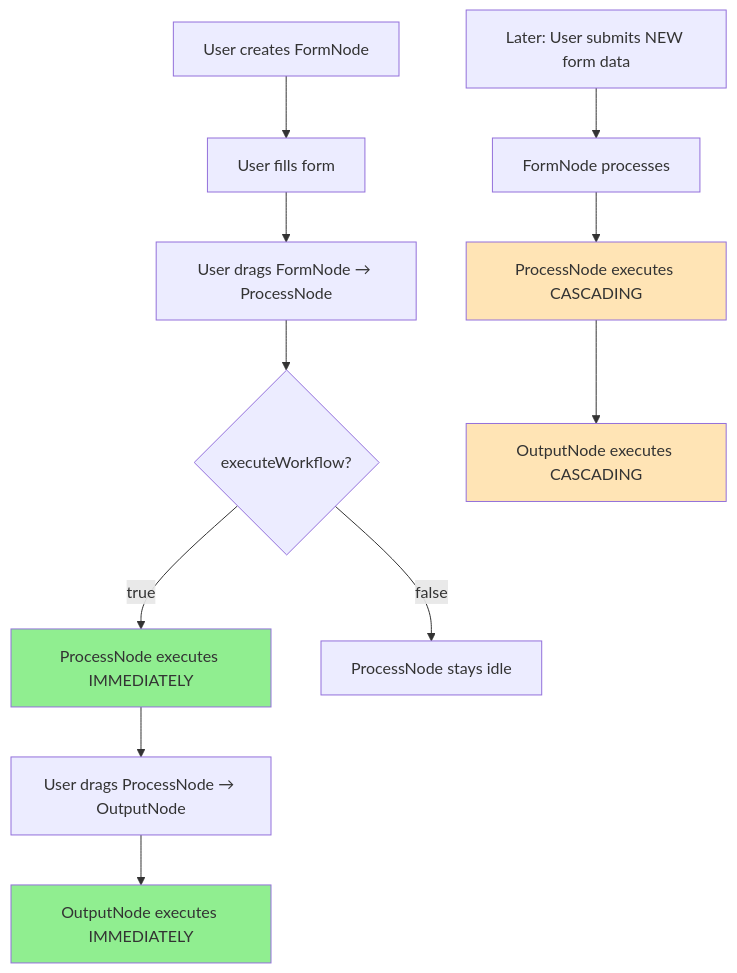
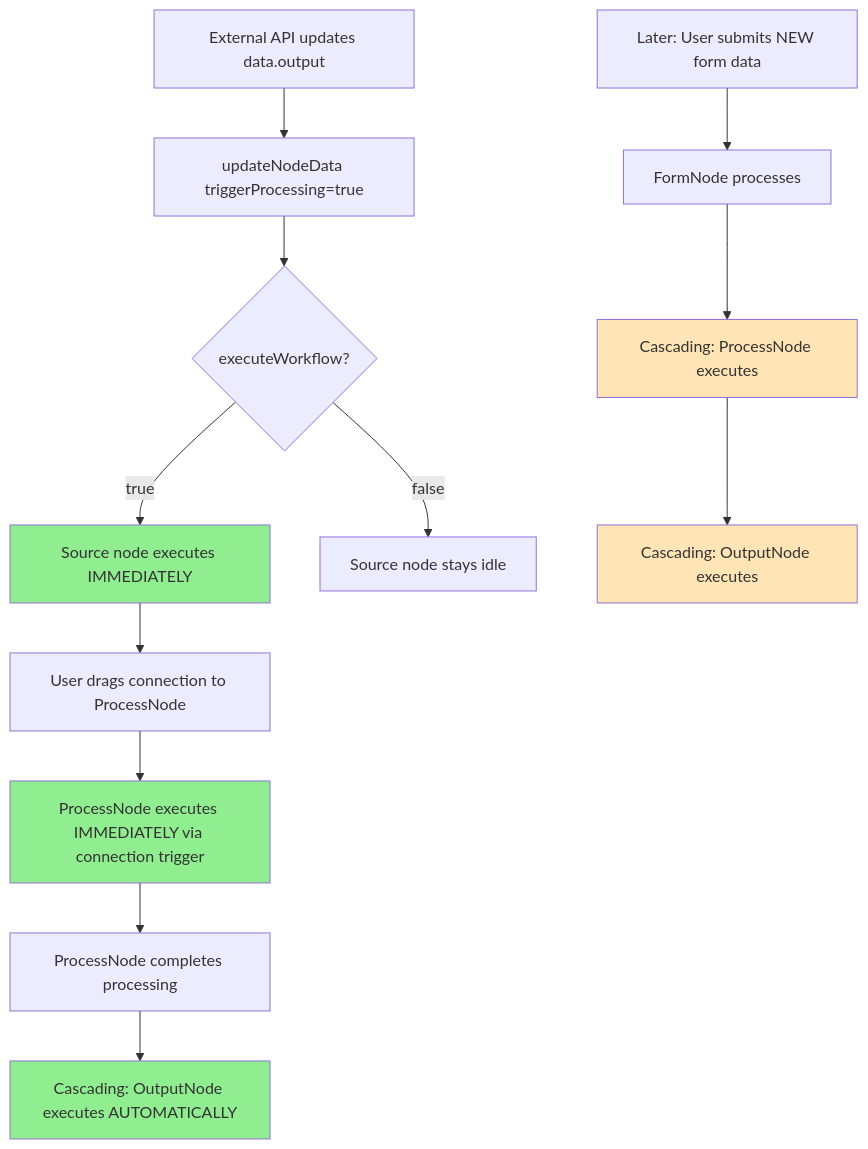
Before and after one commit to ugmurthy/flow: the sixth of 6 diagrams in WORKFLOW_EXECUTION_BEHAVIORS.md, drawn with Mermaid. The commit also changed other lines of this file and 48 other files, not shown here.

````diff
--- a/WORKFLOW_EXECUTION_BEHAVIORS.md
+++ b/WORKFLOW_EXECUTION_BEHAVIORS.md
@@ -140,19 +369,21 @@
 ```mermaid
 graph TD
-    A[User creates FormNode] --> B[User fills form]
-    B --> C[User drags FormNode → ProcessNode]
-    C --> D{executeWorkflow?}
-    D -->|true| E[ProcessNode executes IMMEDIATELY]
-    D -->|false| F[ProcessNode stays idle]
-    E --> G[User drags ProcessNode → OutputNode]
-    G --> H[OutputNode executes IMMEDIATELY]
+    A[External API updates data.output] --> B[updateNodeData triggerProcessing=true]
+    B --> C{executeWorkflow?}
+    C -->|true| D[Source node executes IMMEDIATELY]
+    C -->|false| E[Source node stays idle]
+    D --> F[User drags connection to ProcessNode]
+    F --> G[ProcessNode executes IMMEDIATELY via connection trigger]
+    G --> H[ProcessNode completes processing]
+    H --> I[Cascading: OutputNode executes AUTOMATICALLY]
 
-    I[Later: User submits NEW form data] --> J[FormNode processes]
-    J --> K[ProcessNode executes CASCADING]
-    K --> L[OutputNode executes CASCADING]
+    J[Later: User submits NEW form data] --> K[FormNode processes]
+    K --> L[Cascading: ProcessNode executes]
+    L --> M[Cascading: OutputNode executes]
 
-    style E fill:#90EE90
-    style H fill:#90EE90
-    style K fill:#FFE4B5
+    style D fill:#90EE90
+    style G fill:#90EE90
+    style I fill:#90EE90
     style L fill:#FFE4B5
+    style M fill:#FFE4B5
 ```
````
